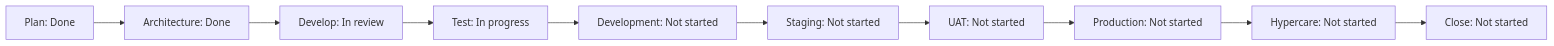
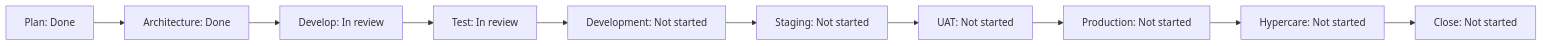
Before and after one commit to Dapravith/production-delivery-platform: the diagram in docs/PROGRESS.md, drawn with Mermaid. The commit also changed other lines of this file and 15 other files, not shown here.

````diff
--- a/docs/PROGRESS.md
+++ b/docs/PROGRESS.md
@@ -29,12 +31,12 @@
 ```mermaid
 flowchart LR
     P[Plan: Done] --> A[Architecture: Done]
     A --> D[Develop: In review]
-    D --> T[Test: In progress]
+    D --> T[Test: In review]
     T --> DEV[Development: Not started]
     DEV --> S[Staging: Not started]
     S --> U[UAT: Not started]
     U --> PR[Production: Not started]
     PR --> H[Hypercare: Not started]
     H --> C[Close: Not started]
 ```
````
